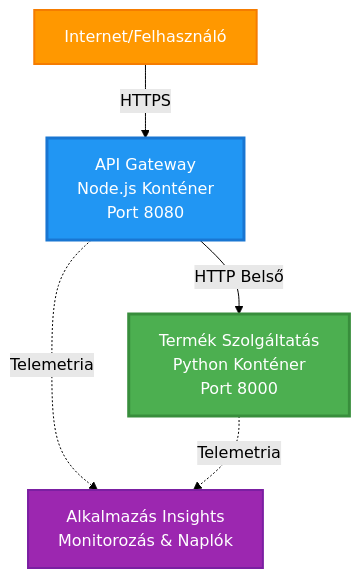
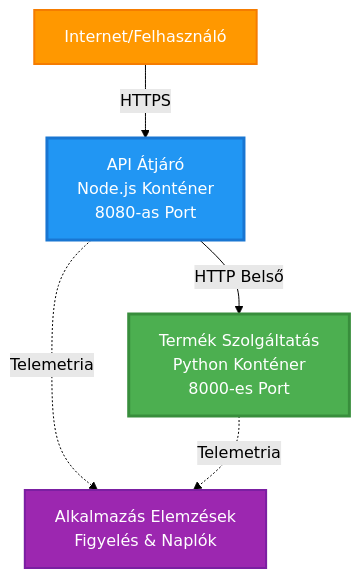
The first of 4 diagrams in translations/hu/examples/microservices/README.md (microsoft/AZD-for-beginners), drawn with Mermaid (forest theme) before and after one commit. The commit also changed other lines of this file and 243 other files, not shown here.

````diff
--- a/translations/hu/examples/microservices/README.md
+++ b/translations/hu/examples/microservices/README.md
@@ -40,17 +31,17 @@
 ```mermaid
 graph TB
     Internet[Internet/Felhasználó]
-    Gateway[API Gateway<br/>Node.js Konténer<br/>Port 8080]
-    Product[Termék Szolgáltatás<br/>Python Konténer<br/>Port 8000]
-    AppInsights[Alkalmazás Insights<br/>Monitorozás & Naplók]
+    Gateway[API Átjáró<br/>Node.js Konténer<br/>8080-as Port]
+    Product[Termék Szolgáltatás<br/>Python Konténer<br/>8000-es Port]
+    AppInsights[Alkalmazás Elemzések<br/>Figyelés & Naplók]
     
     Internet -->|HTTPS| Gateway
     Gateway -->|HTTP Belső| Product
     Gateway -.->|Telemetria| AppInsights
     Product -.->|Telemetria| AppInsights
     
     style Gateway fill:#2196F3,stroke:#1976D2,stroke-width:3px,color:#fff
     style Product fill:#4CAF50,stroke:#388E3C,stroke-width:3px,color:#fff
     style Internet fill:#FF9800,stroke:#F57C00,stroke-width:2px,color:#fff
     style AppInsights fill:#9C27B0,stroke:#7B1FA2,stroke-width:2px,color:#fff
 ```
````
